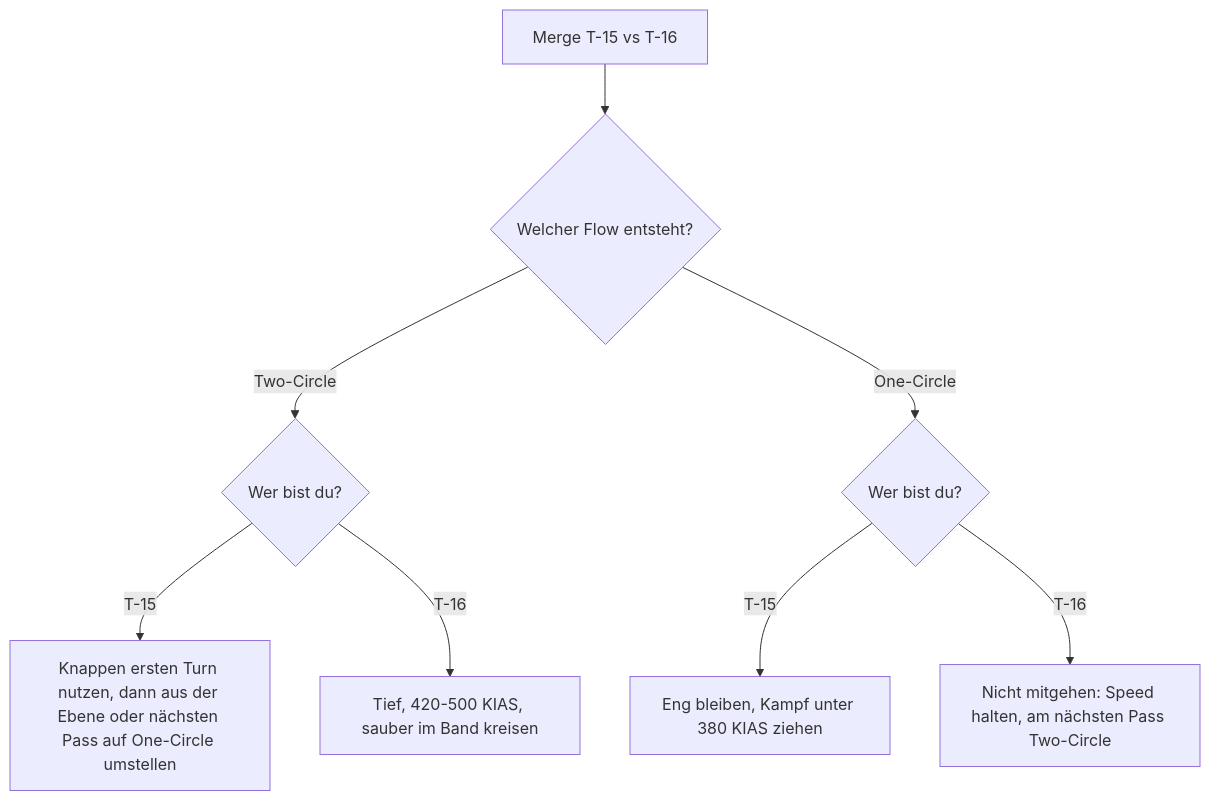
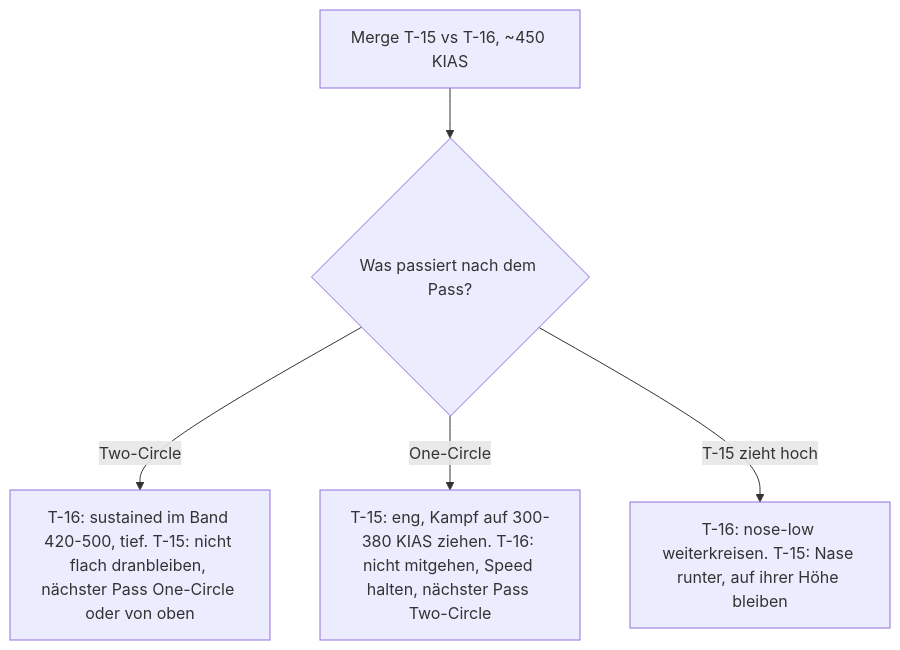
Before and after one commit to lukaio3D/VFM_Wiki: the diagram in docs/flugzeuge/matchups/t15-vs-t16.md, drawn with Mermaid. The commit also changed other lines of this file and 39 other files, not shown here.

First line of the commit message:
docs: Wiki von Grund auf aufgeräumt und gestrafft

````diff
--- a/docs/flugzeuge/matchups/t15-vs-t16.md
+++ b/docs/flugzeuge/matchups/t15-vs-t16.md
@@ -120,10 +77,7 @@
 ```mermaid
 flowchart TD
-    A[Merge T-15 vs T-16] --> B{Welcher Flow entsteht?}
-    B -->|Two-Circle| C{Wer bist du?}
-    B -->|One-Circle| D{Wer bist du?}
-    C -->|T-15| E[Knappen ersten Turn nutzen, dann aus der Ebene oder nächsten Pass auf One-Circle umstellen]
-    C -->|T-16| F[Tief, 420-500 KIAS, sauber im Band kreisen]
-    D -->|T-15| G[Eng bleiben, Kampf unter 380 KIAS ziehen]
-    D -->|T-16| H[Nicht mitgehen: Speed halten, am nächsten Pass Two-Circle]
+    A[Merge T-15 vs T-16, ~450 KIAS] --> B{Was passiert nach dem Pass?}
+    B -->|Two-Circle| C[T-16: sustained im Band 420-500, tief. T-15: nicht flach dranbleiben, nächster Pass One-Circle oder von oben]
+    B -->|One-Circle| D[T-15: eng, Kampf auf 300-380 KIAS ziehen. T-16: nicht mitgehen, Speed halten, nächster Pass Two-Circle]
+    B -->|T-15 zieht hoch| E[T-16: nose-low weiterkreisen. T-15: Nase runter, auf ihrer Höhe bleiben]
 ```
````
